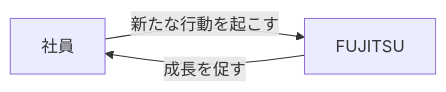
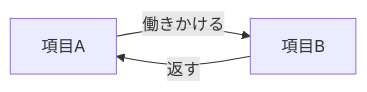
The second of 6 diagrams in pdf-to-md-ja/references/mermaid_patterns.md (sgtao/skill-web-to-markdown-ja), drawn with Mermaid before and after one commit. The commit also changed other lines of this file and 11 other files, not shown here.

````diff
--- a/pdf-to-md-ja/references/mermaid_patterns.md
+++ b/pdf-to-md-ja/references/mermaid_patterns.md
@@ -34,5 +34,5 @@
 ```mermaid
 flowchart LR
-  社員 -->|新たな行動を起こす| FUJITSU
-  FUJITSU -->|成長を促す| 社員
+  A[項目A] -->|働きかける| B[項目B]
+  B -->|返す| A
 ```
````
